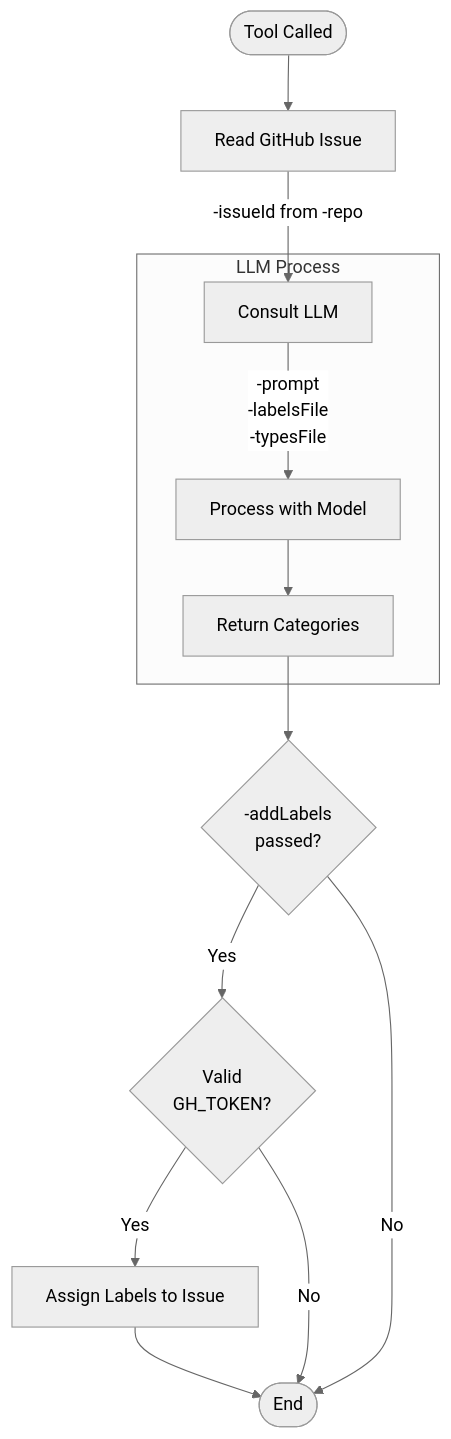
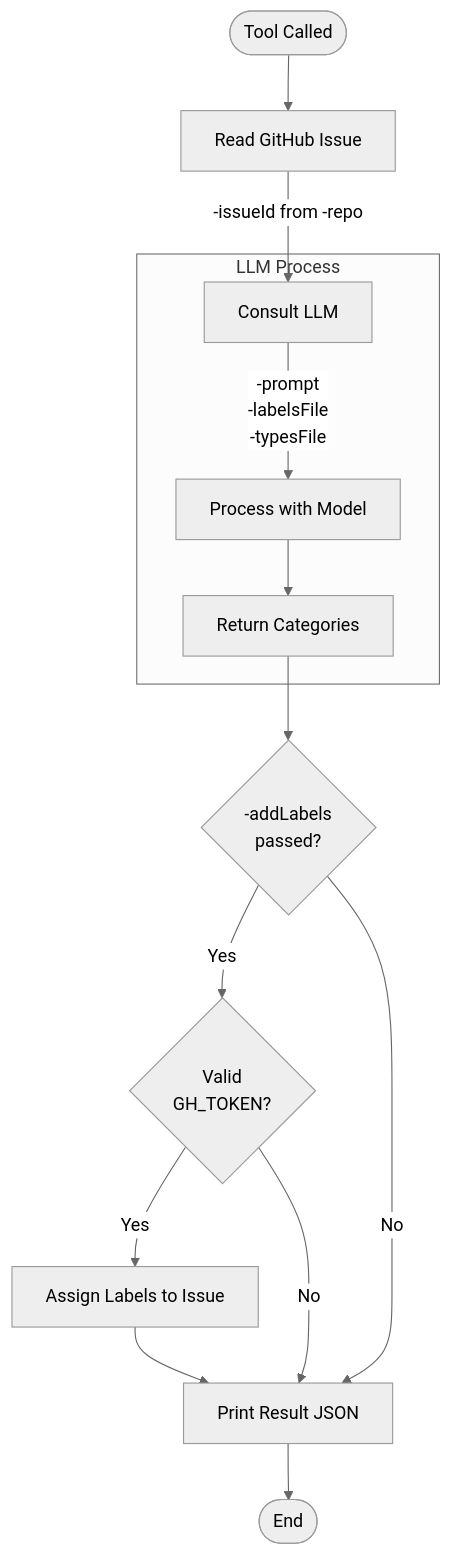
The diagram in README.md (grafana/auto-triager), drawn with Mermaid (neutral theme) before and after one commit.

Commit message:
Update diagram

````diff
--- a/README.md
+++ b/README.md
@@ -56,17 +56,18 @@
 ```mermaid
 flowchart TD
     Start([Tool Called]) --> ReadIssue[Read GitHub Issue]
     ReadIssue --> |"-issueId from -repo"| ConsultLLM[Consult LLM]
 
     subgraph LLM Process
         ConsultLLM --> |"-prompt\n-labelsFile\n-typesFile"| ModelProcess[Process with Model]
         ModelProcess --> Categories[Return Categories]
     end
 
     Categories --> AddLabels{"-addLabels\npassed?"}
     AddLabels --> |Yes| GHToken{Valid\nGH_TOKEN?}
     GHToken --> |Yes| AssignLabels[Assign Labels to Issue]
-    GHToken --> |No| End([End])
-    AddLabels --> |No| End
-    AssignLabels --> End
+    GHToken --> |No| PrintJSON[Print Result JSON]
+    AddLabels --> |No| PrintJSON
+    AssignLabels --> PrintJSON
+    PrintJSON --> End([End])
 ```
````
